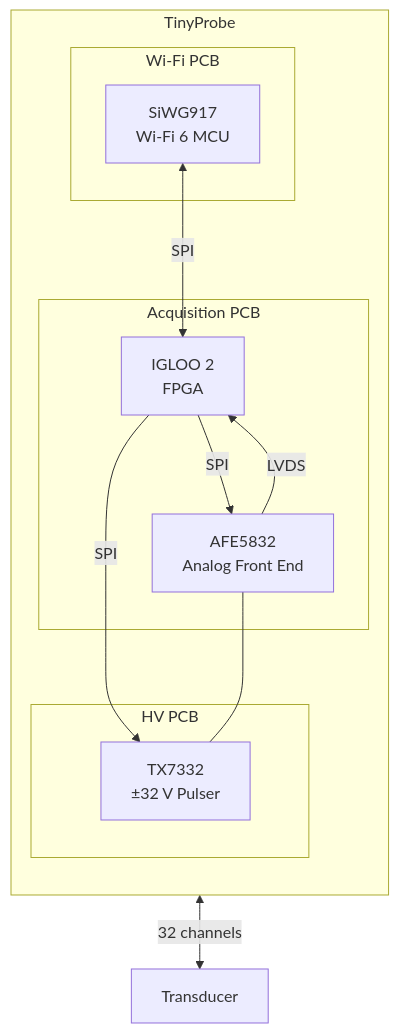
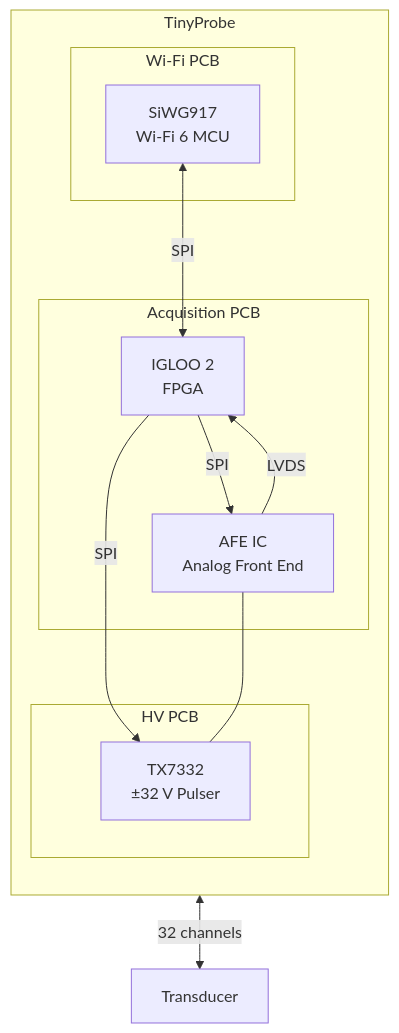
Before and after one commit to pulp-bio/TinyProbe: the diagram in hardware/README.md, drawn with Mermaid. The commit also changed other lines of this file and 57 other files, not shown here.

````diff
--- a/hardware/README.md
+++ b/hardware/README.md
@@ -18,26 +18,26 @@
 ```mermaid
 flowchart TB
     subgraph tinyprobe["TinyProbe"]
         direction TB
         subgraph wifi["Wi-Fi PCB"]
             mcu["SiWG917<br/>Wi-Fi 6 MCU"]
         end
 
         subgraph acquisition["Acquisition PCB"]
             fpga["IGLOO 2<br/>FPGA"]
-            afe["AFE5832<br/>Analog Front End"]
+            afe["AFE IC<br/>Analog Front End"]
         end
 
         subgraph hv["HV PCB"]
             pulser["TX7332<br/>±32 V Pulser"]
         end
 
         mcu <-->|SPI| fpga
         fpga -->|SPI| afe
         afe -->|LVDS| fpga
         fpga -->|SPI| pulser
         afe --- pulser
     end
 
     pulser <-->|32 channels| transducer["Transducer"]
 ```
````
